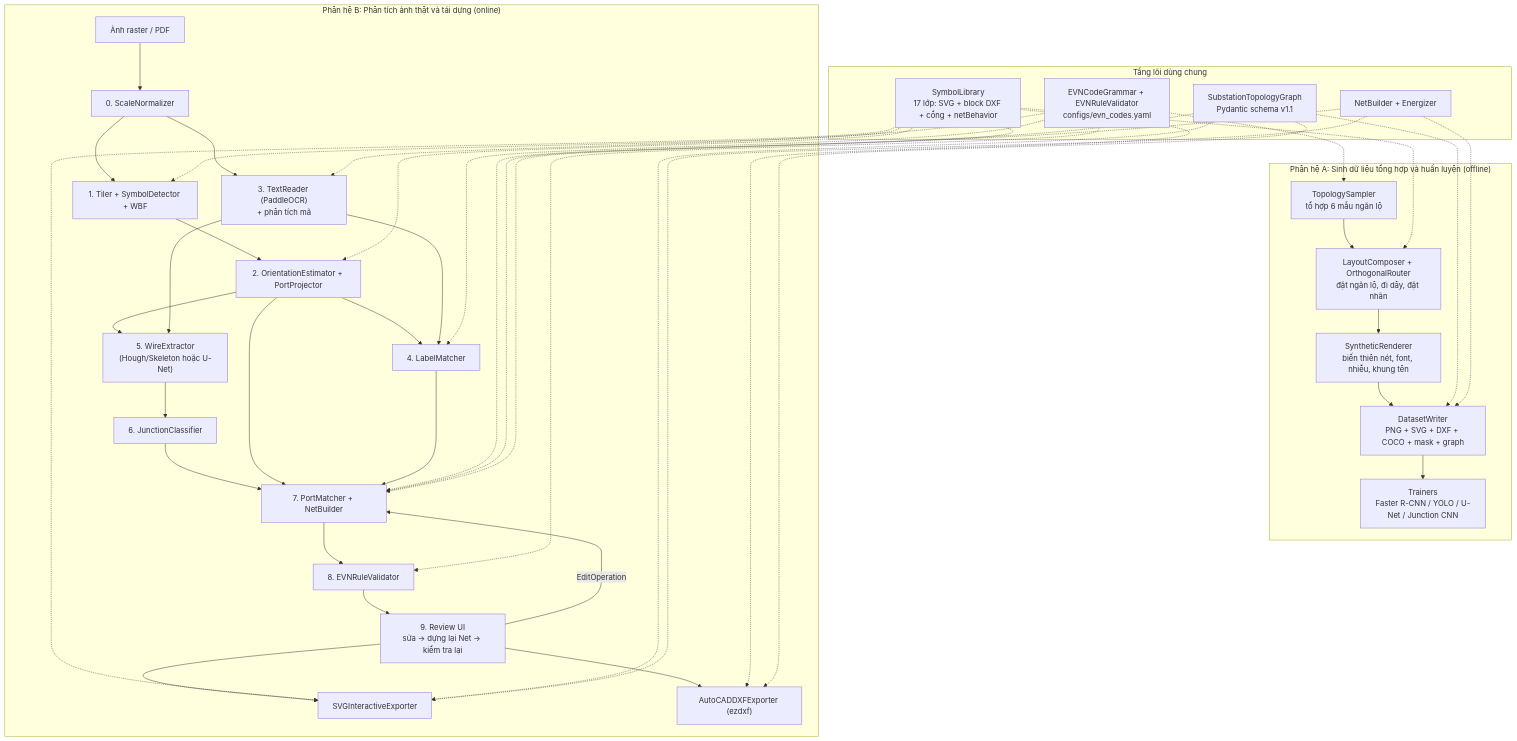
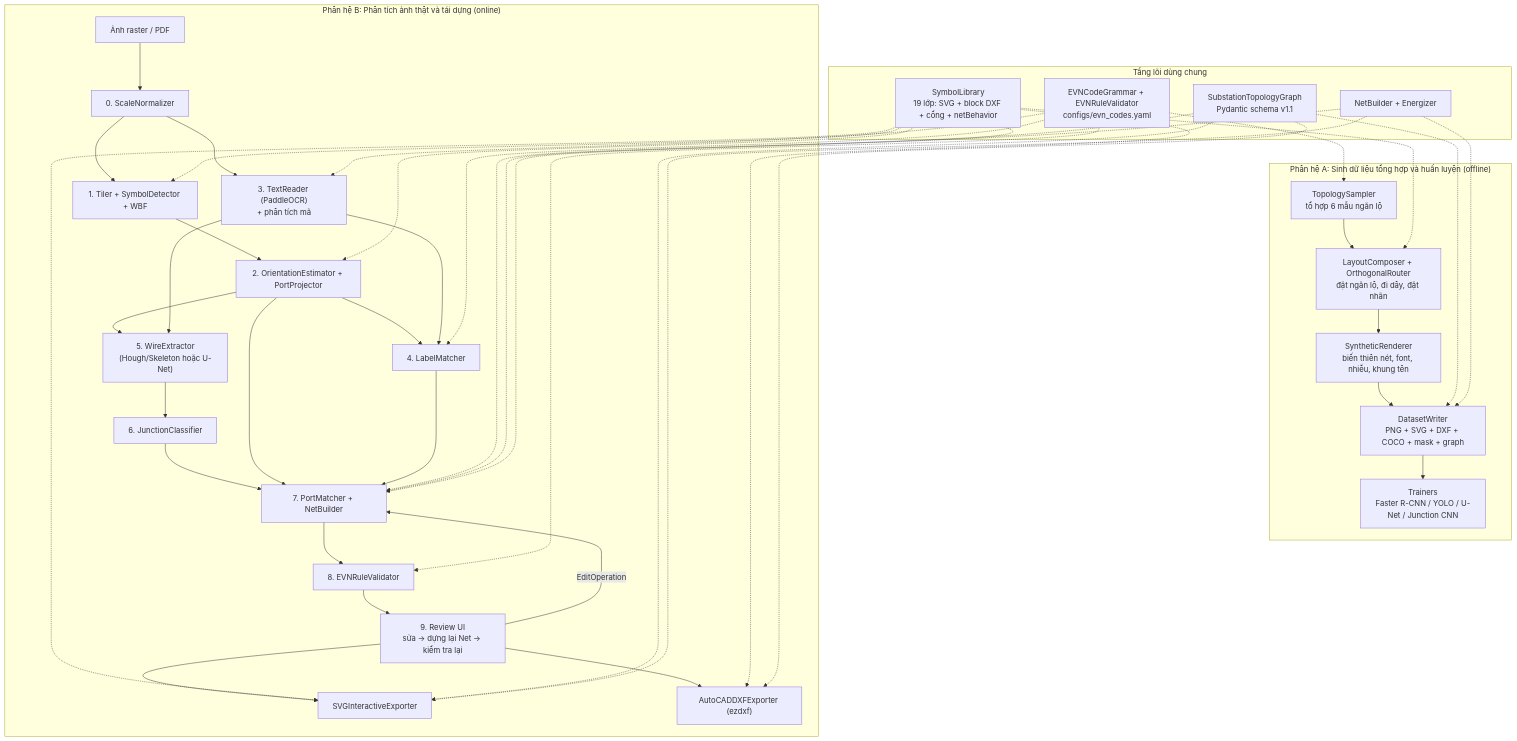
One commit to bkhanh2006/evn-sld-digitizer changed the diagram in thiet_ke_he_thong_sdd.md. Above: the diagram before and after it, drawn with Mermaid. The commit also changed other lines of this file and 40 other files, not shown here.

````diff
--- a/thiet_ke_he_thong_sdd.md
+++ b/thiet_ke_he_thong_sdd.md
@@ -106,52 +107,52 @@
 ```mermaid
 flowchart TD
     subgraph SHARED["Tầng lõi dùng chung"]
-        SYM["SymbolLibrary<br/>17 lớp: SVG + block DXF + cổng + netBehavior"]
+        SYM["SymbolLibrary<br/>19 lớp: SVG + block DXF + cổng + netBehavior"]
         SCHEMA["SubstationTopologyGraph<br/>Pydantic schema v1.1"]
         RULES["EVNCodeGrammar + EVNRuleValidator<br/>configs/evn_codes.yaml"]
         NETB["NetBuilder + Energizer"]
     end
 
     subgraph OFFLINE["Phân hệ A: Sinh dữ liệu tổng hợp và huấn luyện (offline)"]
         TOPO["TopologySampler<br/>tổ hợp 6 mẫu ngăn lộ"]
         LAYOUT["LayoutComposer + OrthogonalRouter<br/>đặt ngăn lộ, đi dây, đặt nhãn"]
         REND["SyntheticRenderer<br/>biến thiên nét, font, nhiễu, khung tên"]
         GT["DatasetWriter<br/>PNG + SVG + DXF + COCO + mask + graph"]
         TRAIN["Trainers<br/>Faster R-CNN / YOLO / U-Net / Junction CNN"]
         TOPO --> LAYOUT --> REND --> GT --> TRAIN
     end
 
     subgraph ONLINE["Phân hệ B: Phân tích ảnh thật và tái dựng (online)"]
         INP["Ảnh raster / PDF"]
         NORM["0. ScaleNormalizer"]
         DET["1. Tiler + SymbolDetector + WBF"]
         ORI["2. OrientationEstimator + PortProjector"]
         OCR["3. TextReader (PaddleOCR)<br/>+ phân tích mã"]
         LBL["4. LabelMatcher"]
         WIRE["5. WireExtractor<br/>(Hough/Skeleton hoặc U-Net)"]
         JNC["6. JunctionClassifier"]
         ASM["7. PortMatcher + NetBuilder"]
         VAL["8. EVNRuleValidator"]
         UI["9. Review UI<br/>sửa → dựng lại Net → kiểm tra lại"]
         EXP_SVG["SVGInteractiveExporter"]
         EXP_CAD["AutoCADDXFExporter (ezdxf)"]
 
         INP --> NORM --> DET --> ORI
         NORM --> OCR
         ORI --> LBL
         OCR --> LBL
         ORI --> WIRE
         OCR --> WIRE
         WIRE --> JNC --> ASM
         ORI --> ASM
         LBL --> ASM
         ASM --> VAL --> UI
         UI -- "EditOperation" --> ASM
         UI --> EXP_SVG & EXP_CAD
     end
 
     SYM -.-> LAYOUT & DET & ORI & ASM & EXP_SVG & EXP_CAD
     SCHEMA -.-> GT & ASM & EXP_SVG & EXP_CAD
     RULES -.-> TOPO & OCR & LBL & VAL
     NETB -.-> GT & ASM & EXP_SVG
 ```
````
